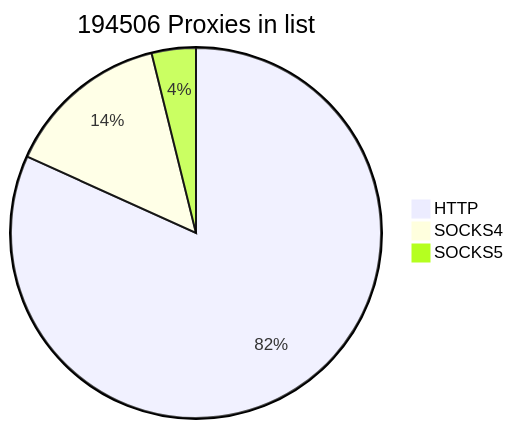
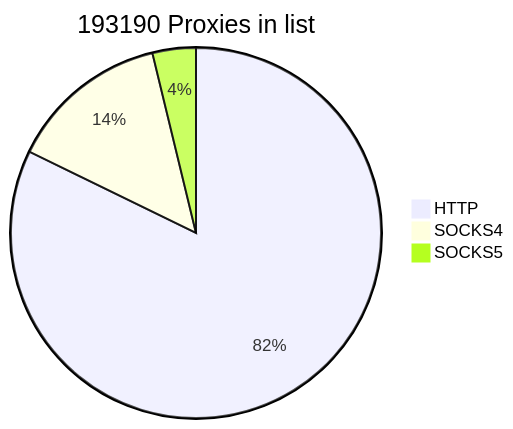
One commit to cutipu/proxylist changed the first of 2 diagrams in README.md. Above: the diagram before and after it, drawn with Mermaid. The commit also changed other lines of this file, not shown here.

````diff
--- a/README.md
+++ b/README.md
@@ -2,7 +2,7 @@
 ```mermaid
-pie title 194506 Proxies in list
-    "HTTP" : 159038
-    "SOCKS4" : 27972
-    "SOCKS5" : 7496
+pie title 193190 Proxies in list
+    "HTTP" : 158847
+    "SOCKS4" : 27033
+    "SOCKS5" : 7310
             
 ```
````
